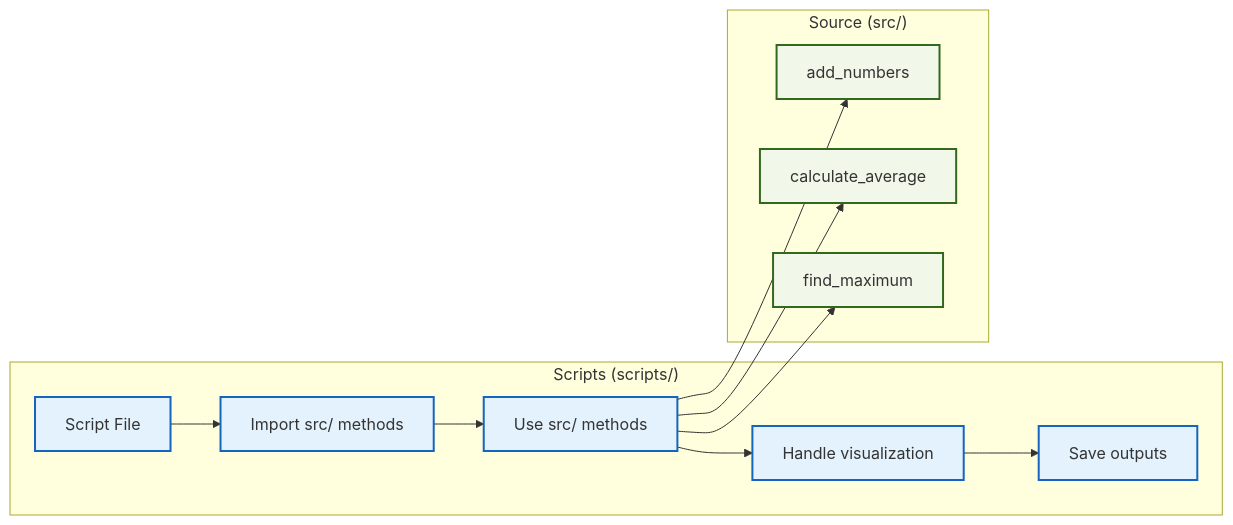
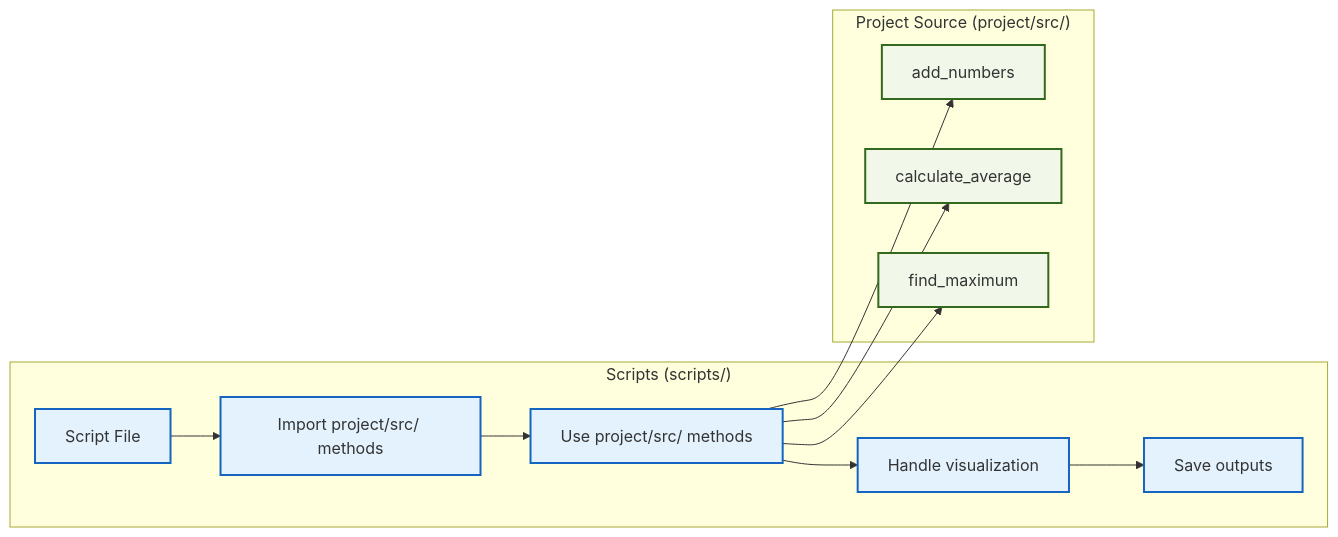
Before and after one commit to docxology/template: the second of 4 diagrams in docs/ARCHITECTURE.md, drawn with Mermaid. The commit also changed other lines of this file and 128 other files, not shown here.

````diff
--- a/docs/ARCHITECTURE.md
+++ b/docs/ARCHITECTURE.md
@@ -109,30 +139,30 @@
 ```mermaid
 graph LR
     subgraph "Scripts (scripts/)"
         SCRIPT[Script File]
-        IMPORT[Import src/ methods]
-        USE[Use src/ methods]
+        IMPORT[Import project/src/ methods]
+        USE[Use project/src/ methods]
         VISUALIZE[Handle visualization]
         OUTPUT[Save outputs]
     end
     
-    subgraph "Source (src/)"
+    subgraph "Project Source (project/src/)"
         FUNC1[add_numbers]
         FUNC2[calculate_average]
         FUNC3[find_maximum]
     end
     
     SCRIPT --> IMPORT
     IMPORT --> USE
     USE --> FUNC1
     USE --> FUNC2
     USE --> FUNC3
     USE --> VISUALIZE
     VISUALIZE --> OUTPUT
     
     classDef script fill:#e3f2fd,stroke:#1565c0,stroke-width:2px
     classDef src fill:#f1f8e9,stroke:#33691e,stroke-width:2px
     
     class SCRIPT,IMPORT,USE,VISUALIZE,OUTPUT script
     class FUNC1,FUNC2,FUNC3 src
 ```
````
